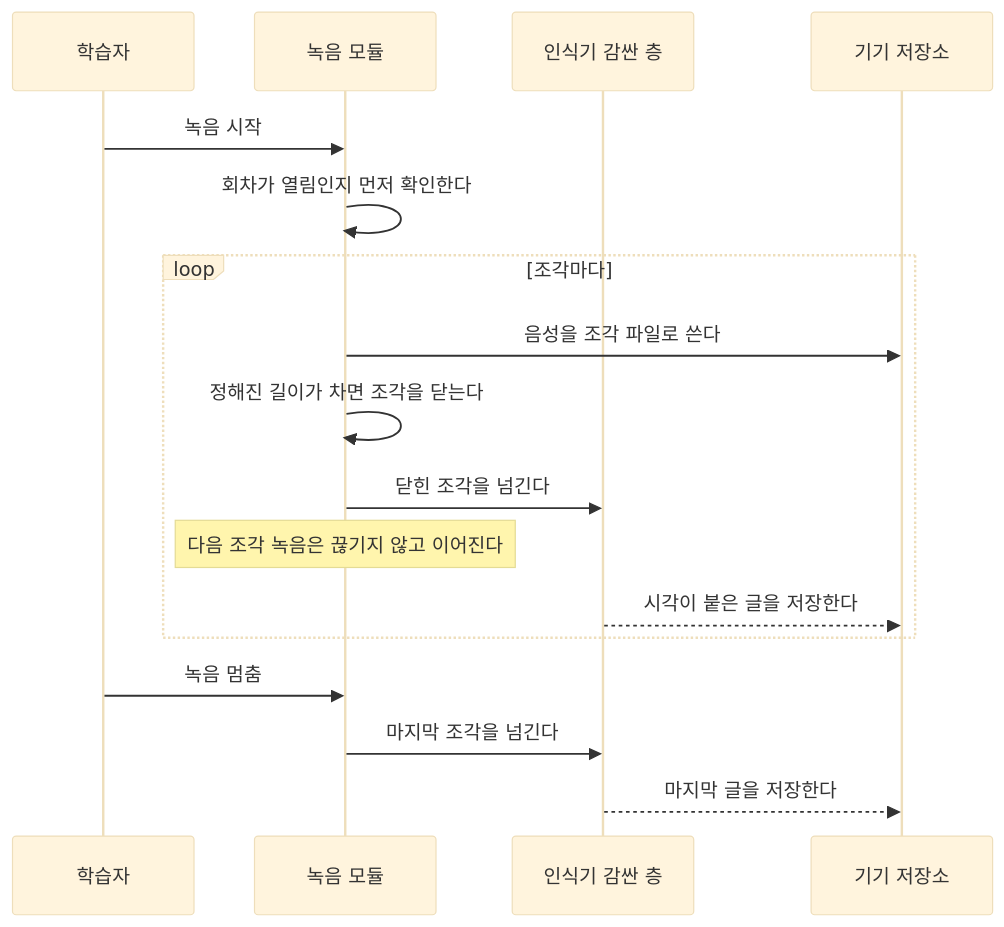
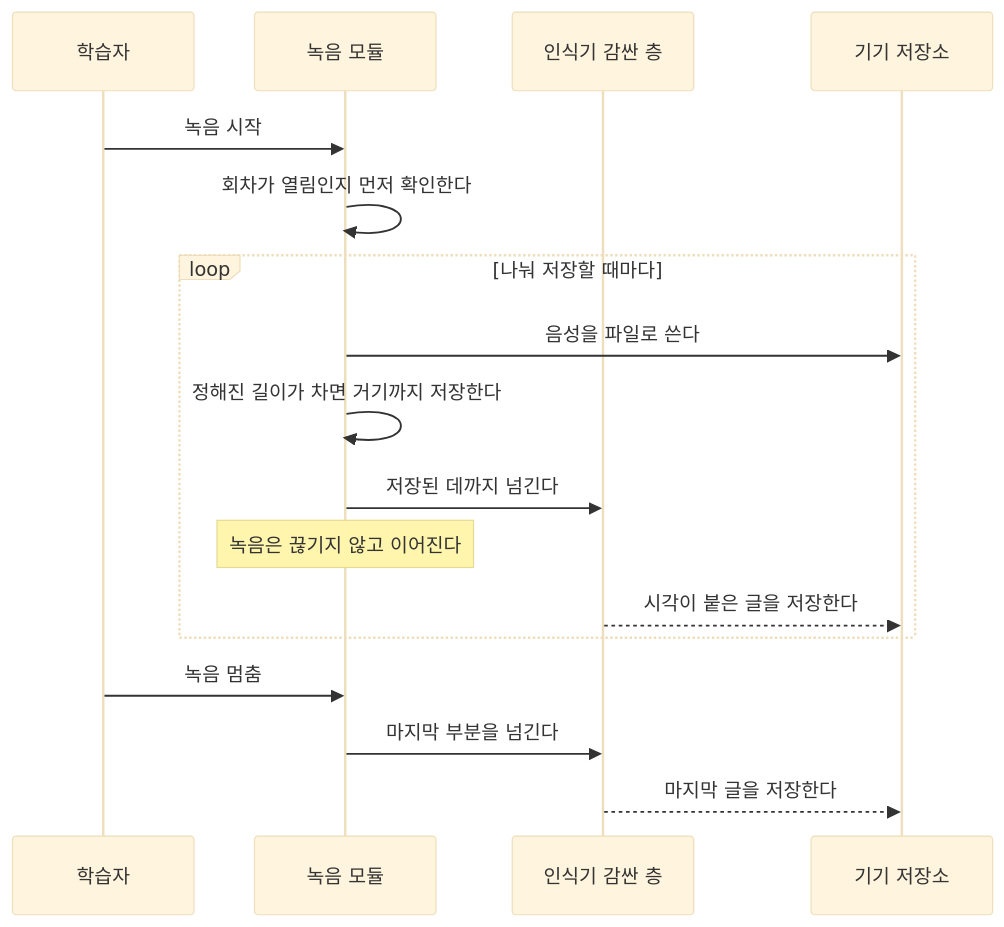
The third of 4 diagrams in docs/03-tds/tds.md (hayoungv/kokjip), drawn with Mermaid (base theme) before and after one commit. The commit also changed other lines of this file and 29 other files, not shown here.

````diff
--- a/docs/03-tds/tds.md
+++ b/docs/03-tds/tds.md
@@ -180,20 +180,20 @@
 ```mermaid
 sequenceDiagram
     participant 사용자 as 학습자
     participant 녹음 as 녹음 모듈
     participant 인식 as 인식기 감싼 층
     participant 보관 as 기기 저장소
 
     사용자->>녹음: 녹음 시작
     녹음->>녹음: 회차가 열림인지 먼저 확인한다
-    loop 조각마다
-        녹음->>보관: 음성을 조각 파일로 쓴다
-        녹음->>녹음: 정해진 길이가 차면 조각을 닫는다
-        녹음->>인식: 닫힌 조각을 넘긴다
-        Note over 녹음: 다음 조각 녹음은 끊기지 않고 이어진다
+    loop 나눠 저장할 때마다
+        녹음->>보관: 음성을 파일로 쓴다
+        녹음->>녹음: 정해진 길이가 차면 거기까지 저장한다
+        녹음->>인식: 저장된 데까지 넘긴다
+        Note over 녹음: 녹음은 끊기지 않고 이어진다
         인식-->>보관: 시각이 붙은 글을 저장한다
     end
     사용자->>녹음: 녹음 멈춤
-    녹음->>인식: 마지막 조각을 넘긴다
+    녹음->>인식: 마지막 부분을 넘긴다
     인식-->>보관: 마지막 글을 저장한다
 ```
````
